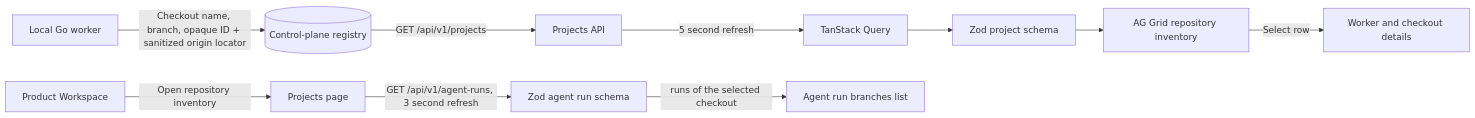
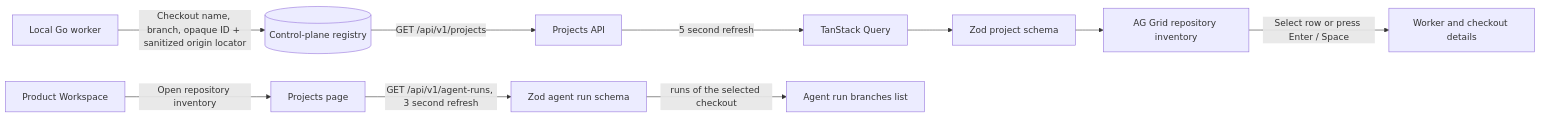
Before and after one commit to bogdaniel/zenchron-engineering-os: the diagram in docs/features/project-inventory.md, drawn with Mermaid. The commit also changed other lines of this file and 13 other files, not shown here.

````diff
--- a/docs/features/project-inventory.md
+++ b/docs/features/project-inventory.md
@@ -9,12 +9,12 @@
 ```mermaid
 flowchart LR
     Workspace[Product Workspace] -->|Open repository inventory| Inventory[Projects page]
     Worker[Local Go worker] -->|Checkout name, branch, opaque ID + sanitized origin locator| Registry[(Control-plane registry)]
     Registry -->|GET /api/v1/projects| API[Projects API]
     API -->|5 second refresh| Query[TanStack Query]
     Query --> Validate[Zod project schema]
     Validate --> Grid[AG Grid repository inventory]
-    Grid -->|Select row| Detail[Worker and checkout details]
+    Grid -->|Select row or press Enter / Space| Detail[Worker and checkout details]
     Inventory -->|GET /api/v1/agent-runs, 3 second refresh| Runs[Zod agent run schema]
     Runs -->|runs of the selected checkout| Branches[Agent run branches list]
 ```
````
